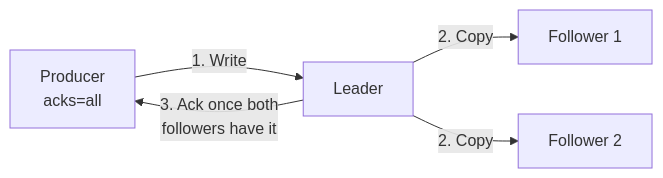
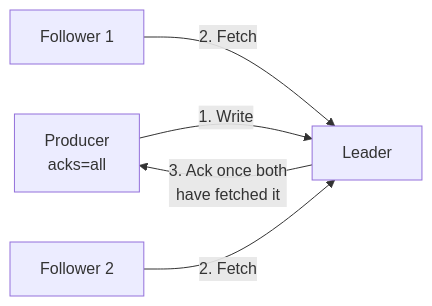
The second of 2 diagrams in docs/book/03-cluster.md (bmscomp/kates), drawn with Mermaid before and after one commit. The commit also changed other lines of this file and 52 other files, not shown here.

````diff
--- a/docs/book/03-cluster.md
+++ b/docs/book/03-cluster.md
@@ -141,10 +130,10 @@
 ```mermaid
 %%| label: fig-cluster-acks-all-write
-%%| fig-cap: "On a healthy `krafter`, the leader acknowledges an `acks=all` write only once both followers have copied it."
-%%| fig-alt: "Flowchart from left to right. A producer using acks=all sends a write to the partition's leader. Follower 1 and follower 2 each copy the record from the leader. The leader then acknowledges the write to the producer, once both followers have it."
+%%| fig-cap: "On a healthy `krafter`, the leader acknowledges an `acks=all` write only once both followers have fetched it."
+%%| fig-alt: "Flowchart from left to right. A producer using acks=all sends a write to the partition's leader. Follower 1 and follower 2 each fetch the record from the leader. The leader then acknowledges the write to the producer, once both followers have fetched it."
 graph LR
     P["Producer<br/>acks=all"] -->|"1. Write"| L["Leader"]
-    L -->|"2. Copy"| F1["Follower 1"]
-    L -->|"2. Copy"| F2["Follower 2"]
-    L -->|"3. Ack once both<br/>followers have it"| P
+    F1["Follower 1"] -->|"2. Fetch"| L
+    F2["Follower 2"] -->|"2. Fetch"| L
+    L -->|"3. Ack once both<br/>have fetched it"| P
 ```
````
